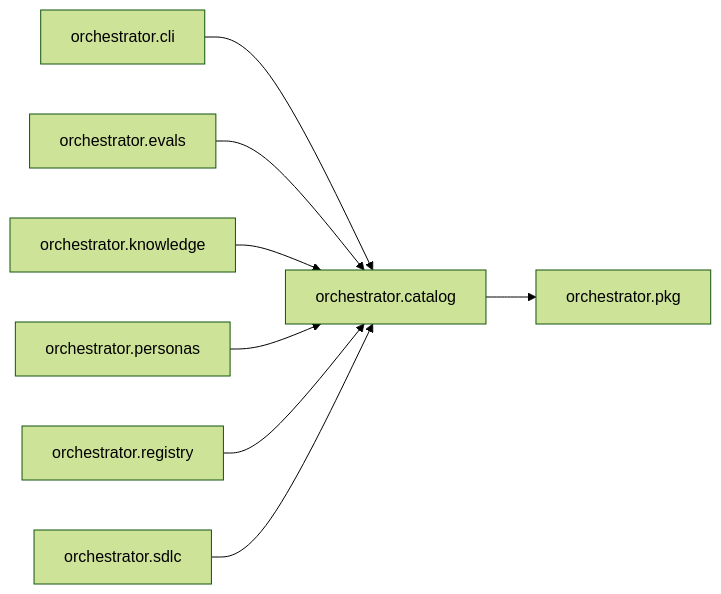
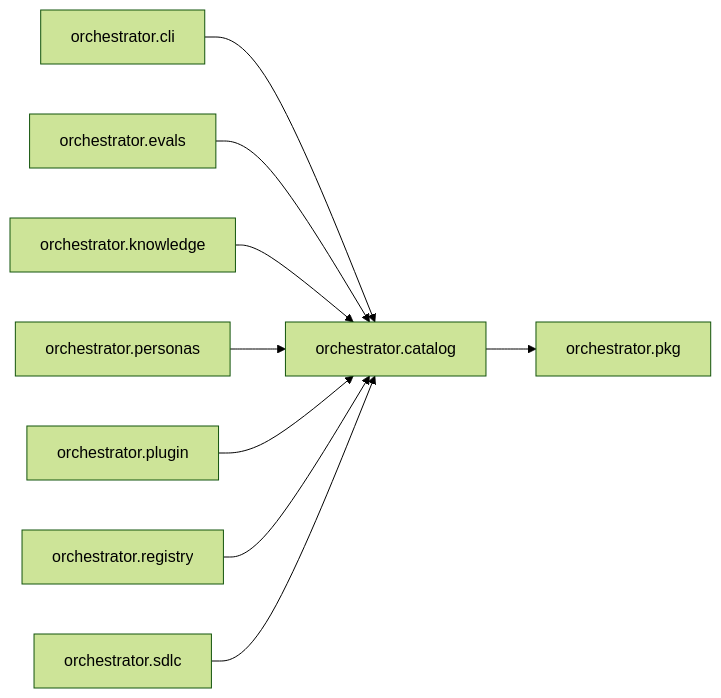
The diagram in episteme/areas/orchestrator.catalog.md (synaptixs/spine), drawn with Mermaid (forest theme) before and after one commit. The commit also changed other lines of this file and 19 other files, not shown here.

````diff
--- a/episteme/areas/orchestrator.catalog.md
+++ b/episteme/areas/orchestrator.catalog.md
@@ -8,18 +8,20 @@
 ```mermaid
 flowchart LR
   n0["orchestrator.catalog"]
   n1["orchestrator.cli"]
   n2["orchestrator.evals"]
   n3["orchestrator.knowledge"]
   n4["orchestrator.personas"]
-  n5["orchestrator.registry"]
-  n6["orchestrator.sdlc"]
-  n7["orchestrator.pkg"]
+  n5["orchestrator.plugin"]
+  n6["orchestrator.registry"]
+  n7["orchestrator.sdlc"]
+  n8["orchestrator.pkg"]
   n1 --> n0
   n2 --> n0
   n3 --> n0
   n4 --> n0
   n5 --> n0
   n6 --> n0
-  n0 --> n7
+  n7 --> n0
+  n0 --> n8
 ```
````
